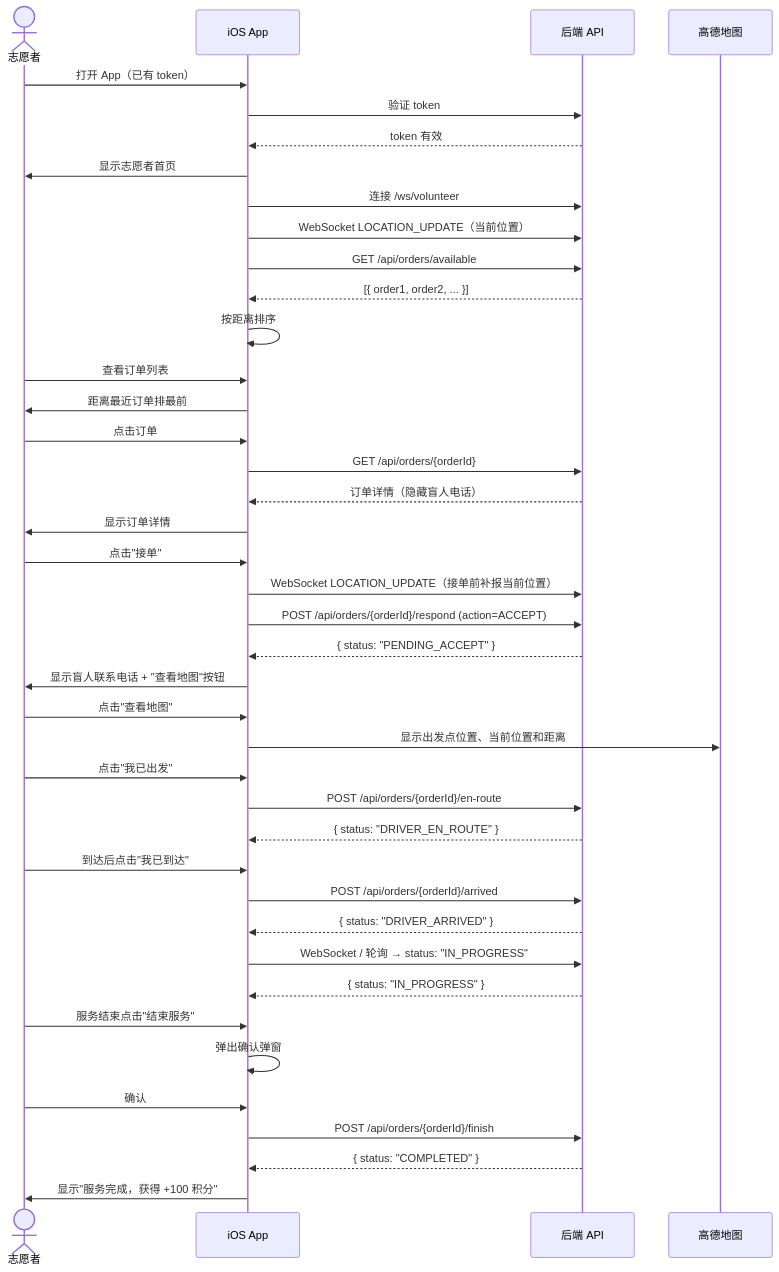
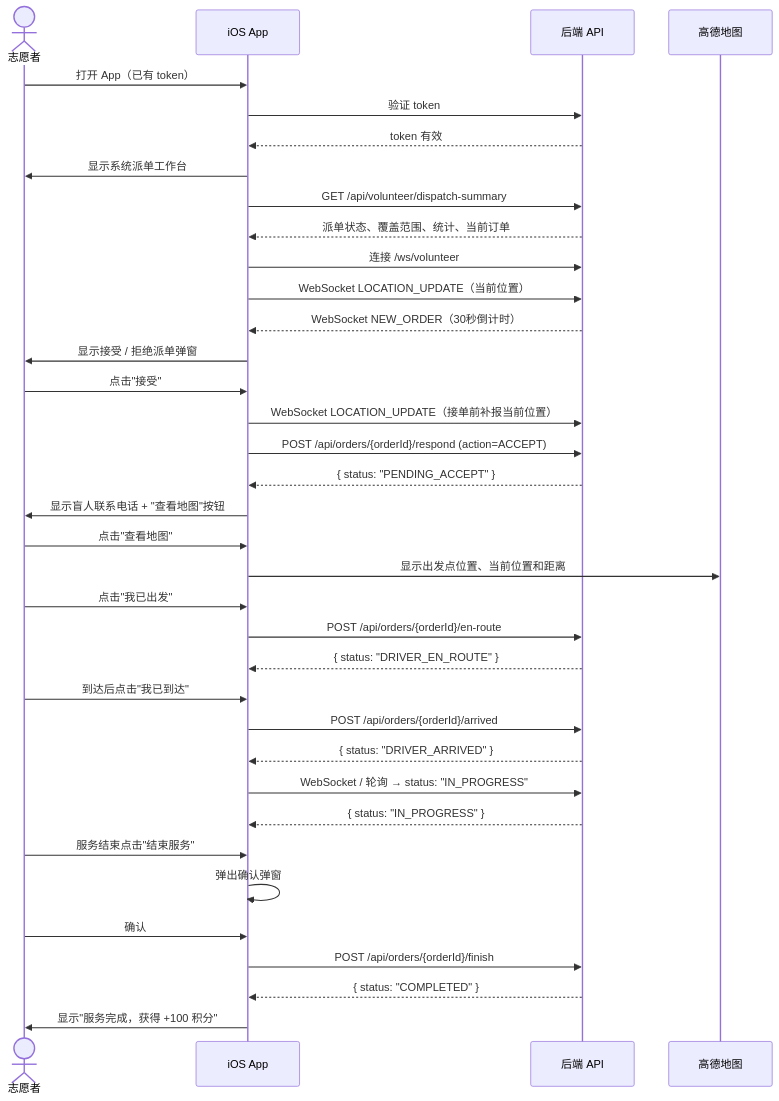
Before and after one commit to Jayden23018/blind-run-ios: the fourth of 7 diagrams in docs/04-user-flows-and-state-machine.md, drawn with Mermaid. The commit also changed other lines of this file and 30 other files, not shown here.

Commit message:
Refine iOS booking, login, and order flow handling

````diff
--- a/docs/04-user-flows-and-state-machine.md
+++ b/docs/04-user-flows-and-state-machine.md
@@ -184,52 +185,45 @@
 ```mermaid
 sequenceDiagram
     actor VOL as 志愿者
     participant App as iOS App
     participant API as 后端 API
     participant AMap as 高德地图
 
     VOL->>App: 打开 App（已有 token）
     App->>API: 验证 token
     API-->>App: token 有效
-    App->>VOL: 显示志愿者首页
+    App->>VOL: 显示系统派单工作台
+    App->>API: GET /api/volunteer/dispatch-summary
+    API-->>App: 派单状态、覆盖范围、统计、当前订单
     App->>API: 连接 /ws/volunteer
     App->>API: WebSocket LOCATION_UPDATE（当前位置）
-    App->>API: GET /api/orders/available
-    API-->>App: [{ order1, order2, ... }]
-    App->>App: 按距离排序
+    API-->>App: WebSocket NEW_ORDER（30秒倒计时）
+    App->>VOL: 显示接受 / 拒绝派单弹窗
 
-    VOL->>App: 查看订单列表
-    App->>VOL: 距离最近订单排最前
-
-    VOL->>App: 点击订单
-    App->>API: GET /api/orders/{orderId}
-    API-->>App: 订单详情（隐藏盲人电话）
-    App->>VOL: 显示订单详情
-
-    VOL->>App: 点击"接单"
+    VOL->>App: 点击"接受"
     App->>API: WebSocket LOCATION_UPDATE（接单前补报当前位置）
     App->>API: POST /api/orders/{orderId}/respond (action=ACCEPT)
     API-->>App: { status: "PENDING_ACCEPT" }
     App->>VOL: 显示盲人联系电话 + "查看地图"按钮
 
     VOL->>App: 点击"查看地图"
     App->>AMap: 显示出发点位置、当前位置和距离
 
     VOL->>App: 点击"我已出发"
     App->>API: POST /api/orders/{orderId}/en-route
     API-->>App: { status: "DRIVER_EN_ROUTE" }
 
     VOL->>App: 到达后点击"我已到达"
     App->>API: POST /api/orders/{orderId}/arrived
     API-->>App: { status: "DRIVER_ARRIVED" }
 
     App->>API: WebSocket / 轮询 → status: "IN_PROGRESS"
     API-->>App: { status: "IN_PROGRESS" }
 
     VOL->>App: 服务结束点击"结束服务"
     App->>App: 弹出确认弹窗
     VOL->>App: 确认
     App->>API: POST /api/orders/{orderId}/finish
     API-->>App: { status: "COMPLETED" }
     App->>VOL: 显示"服务完成，获得 +100 积分"
 ```
````
